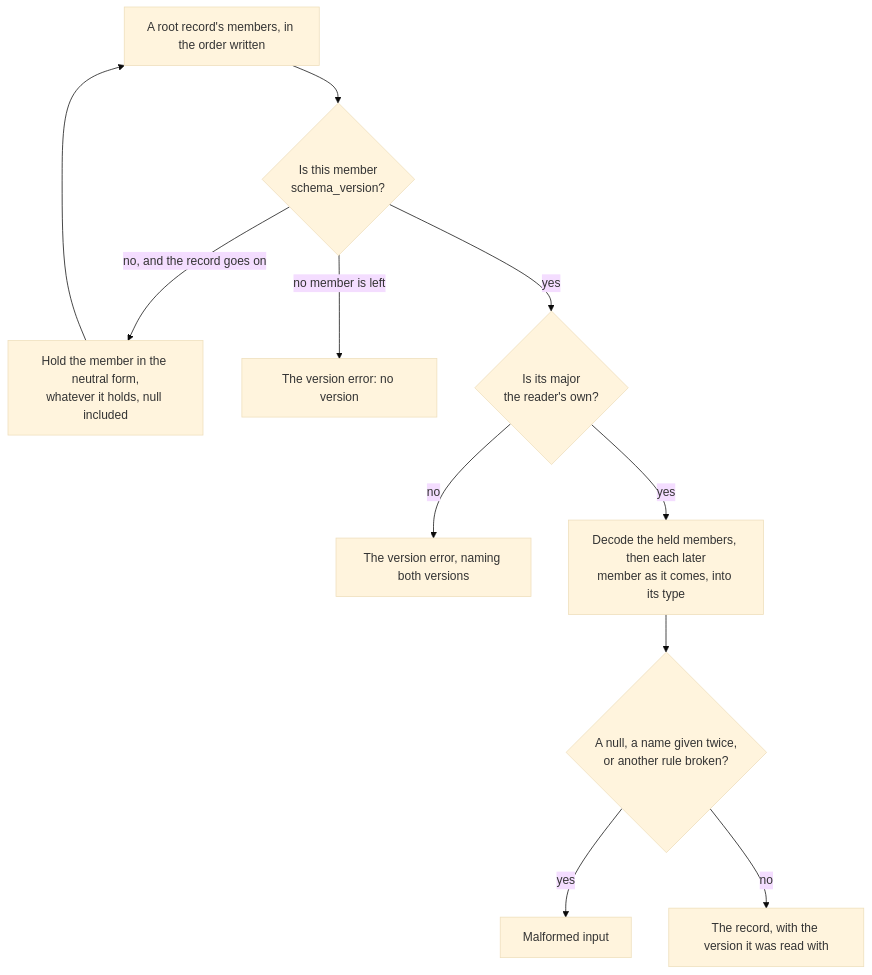
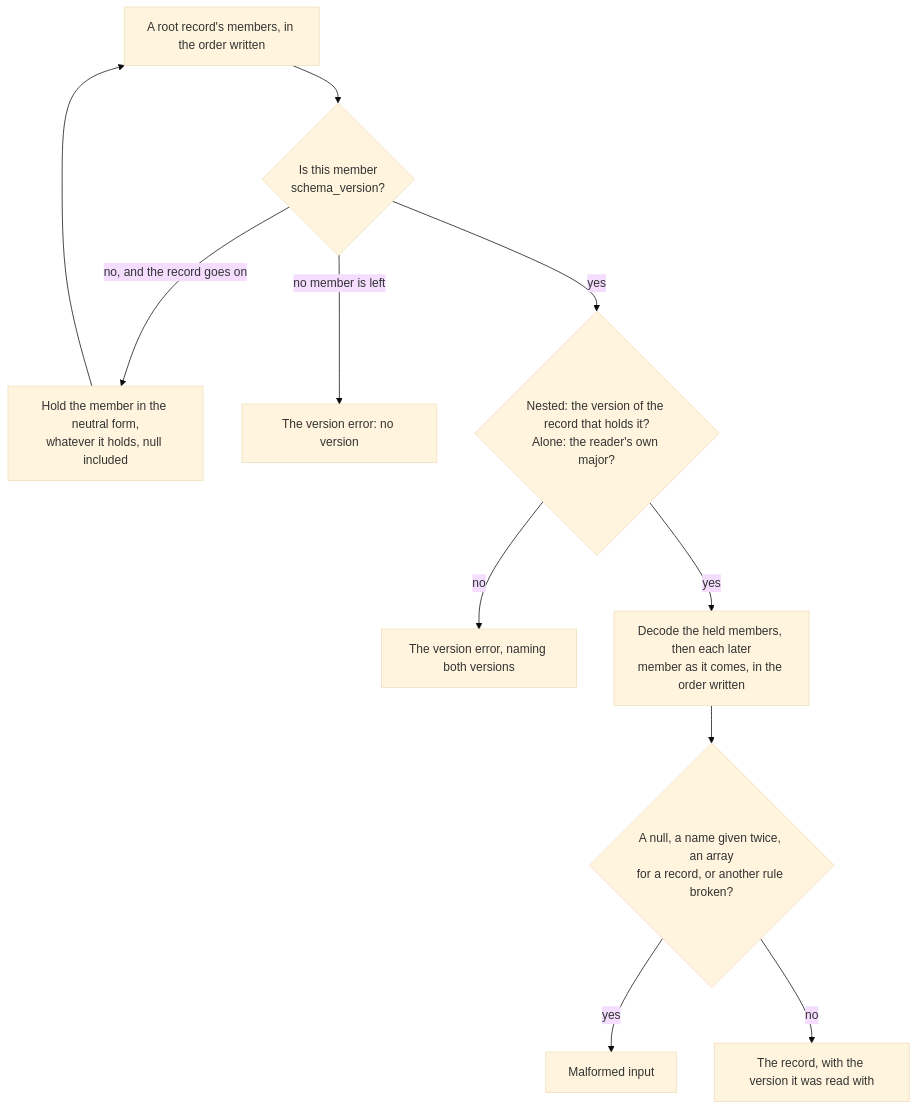
One commit to caoccao/cc-media-probe changed the diagram in docs/guide/json-output.md. Above: the diagram before and after it, drawn with Mermaid (base theme). The commit also changed other lines of this file and 60 other files, not shown here.

````diff
--- a/docs/guide/json-output.md
+++ b/docs/guide/json-output.md
@@ -45,13 +45,13 @@
 ```mermaid
 flowchart TD
   M["A root record's members, in the order written"] --> V{"Is this member<br/>schema_version?"}
   V -->|"no, and the record goes on"| H["Hold the member in the neutral form,<br/>whatever it holds, null included"]
   H --> M
   V -->|"no member is left"| E1["The version error: no version"]
-  V -->|yes| C{"Is its major<br/>the reader's own?"}
+  V -->|yes| C{"Nested: the version of the record that holds it?<br/>Alone: the reader's own major?"}
   C -->|no| E2["The version error, naming both versions"]
-  C -->|yes| D["Decode the held members, then each later<br/>member as it comes, into its type"]
-  D --> N{"A null, a name given twice,<br/>or another rule broken?"}
+  C -->|yes| D["Decode the held members, then each later<br/>member as it comes, in the order written"]
+  D --> N{"A null, a name given twice, an array<br/>for a record, or another rule broken?"}
   N -->|yes| E3["Malformed input"]
   N -->|no| R["The record, with the version it was read with"]
 ```
````
